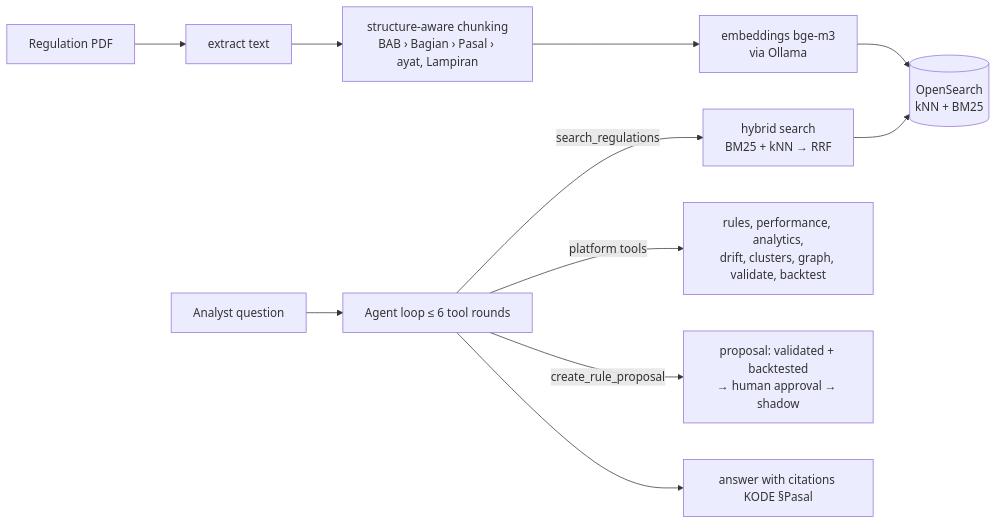
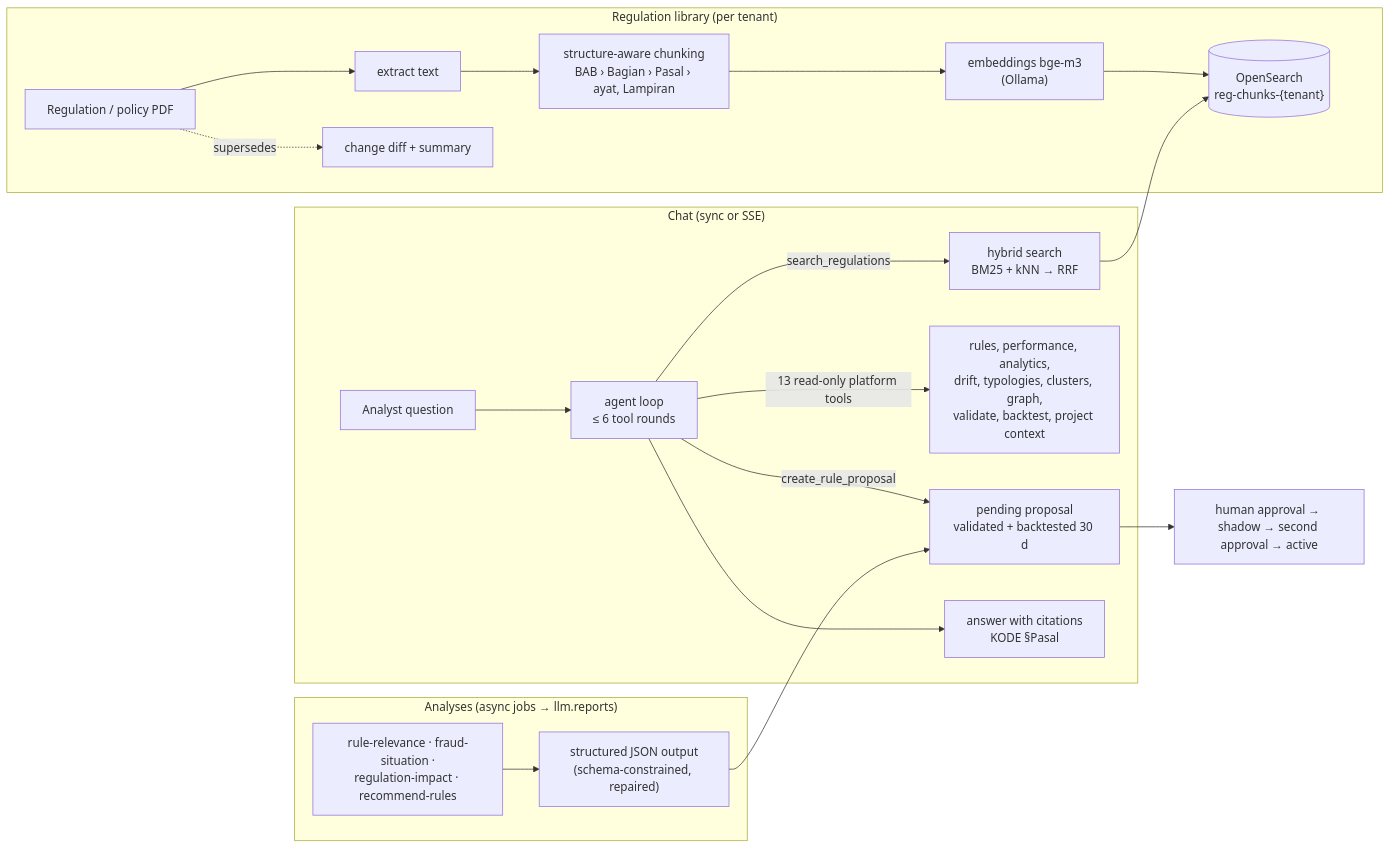
Before and after one commit to situkangsayur/fraud_detection_engine: the fourth of 5 diagrams in docs/technical/technical-overview.md, drawn with Mermaid. The commit also changed other lines of this file and 35 other files, not shown here.

````diff
--- a/docs/technical/technical-overview.md
+++ b/docs/technical/technical-overview.md
@@ -126,10 +156,20 @@
 ```mermaid
 flowchart LR
-  PDF[Regulation PDF] --> X[extract text] --> CH[structure-aware chunking<br/>BAB › Bagian › Pasal › ayat, Lampiran]
-  CH --> EMB[embeddings bge-m3<br/>via Ollama] --> OS[(OpenSearch<br/>kNN + BM25)]
-  Q[Analyst question] --> A[Agent loop ≤ 6 tool rounds]
-  A -->|search_regulations| HY[hybrid search<br/>BM25 + kNN → RRF] --> OS
-  A -->|platform tools| T[rules, performance, analytics,<br/>drift, clusters, graph, validate, backtest]
-  A -->|create_rule_proposal| P[proposal: validated + backtested<br/>→ human approval → shadow]
-  A --> ANS[answer with citations KODE §Pasal]
+  subgraph ingest["Regulation library (per tenant)"]
+    PDF[Regulation / policy PDF] --> X[extract text] --> CH["structure-aware chunking<br/>BAB › Bagian › Pasal › ayat, Lampiran"]
+    CH --> EMB["embeddings bge-m3<br/>(Ollama)"] --> OS[("OpenSearch<br/>reg-chunks-{tenant}")]
+    PDF -.->|supersedes| DIFF[change diff + summary]
+  end
+  subgraph chat["Chat (sync or SSE)"]
+    Q[Analyst question] --> A["agent loop<br/>≤ 6 tool rounds"]
+    A -->|search_regulations| HY["hybrid search<br/>BM25 + kNN → RRF"] --> OS
+    A -->|"13 read-only platform tools"| T["rules, performance, analytics,<br/>drift, typologies, clusters, graph,<br/>validate, backtest, project context"]
+    A -->|create_rule_proposal| P["pending proposal<br/>validated + backtested 30 d"]
+    A --> ANS["answer with citations<br/>KODE §Pasal"]
+  end
+  subgraph analyses["Analyses (async jobs → llm.reports)"]
+    AN["rule-relevance · fraud-situation ·<br/>regulation-impact · recommend-rules"] --> SO["structured JSON output<br/>(schema-constrained, repaired)"]
+    SO --> P
+  end
+  P --> HUM["human approval → shadow → second approval → active"]
 ```
````
